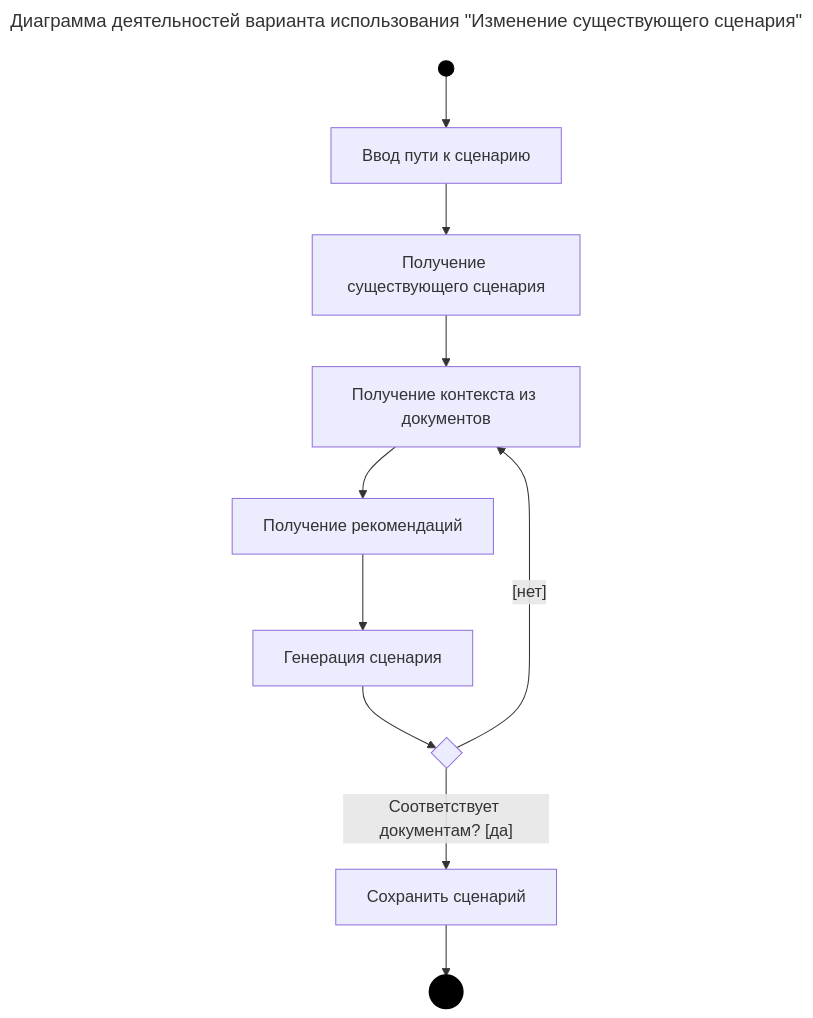
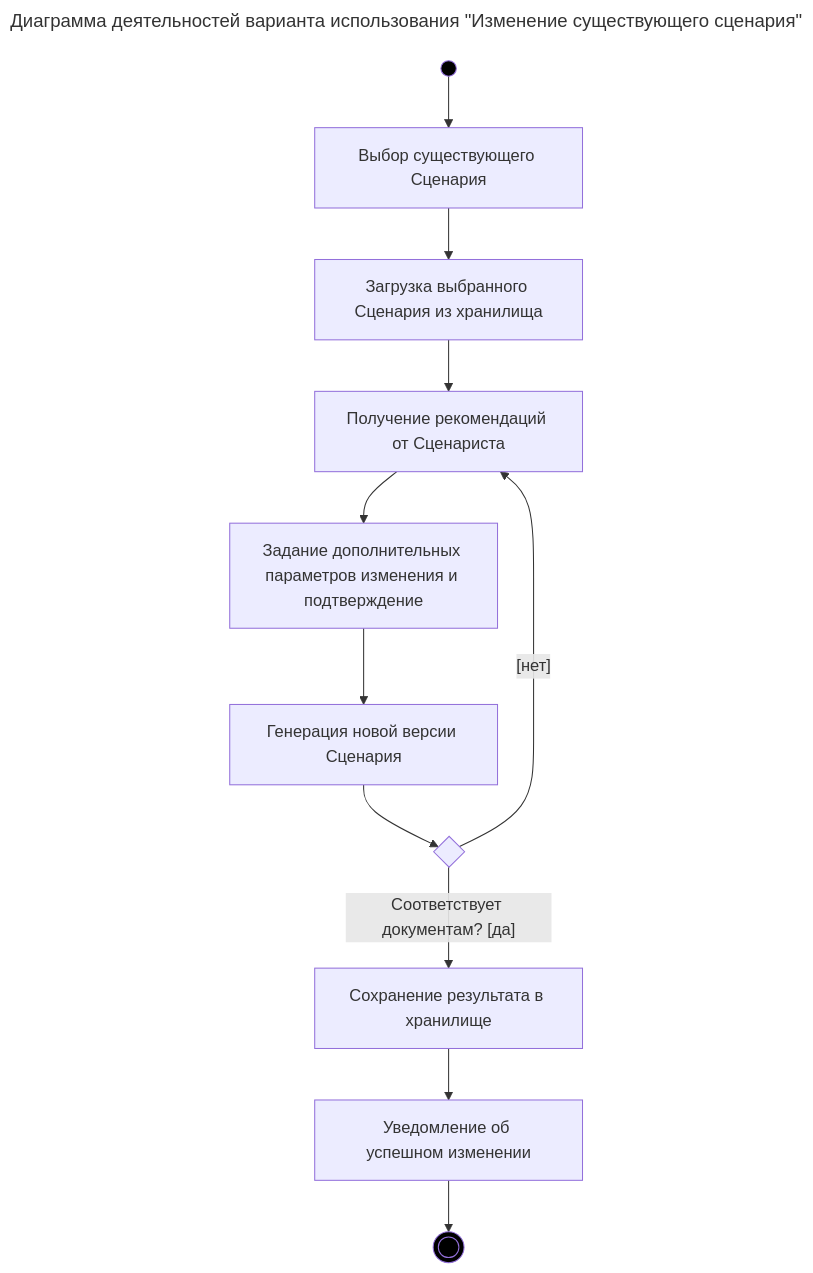
One commit to CHSU-scenarAIst/diagrammy changed the diagram in 5. Диаграмма деятельностей варианта использования.md. Above: the diagram before and after it, drawn with Mermaid. The commit also changed 2 other files, not shown here.

````diff
--- a/5. Диаграмма деятельностей варианта использования.md
+++ b/5. Диаграмма деятельностей варианта использования.md
@@ -3,37 +5,38 @@
 ```mermaid
 ---
 title: Диаграмма деятельностей варианта использования "Изменение существующего сценария"
 ---
 graph TD
     %% Элементы диаграммы
     StartNode(( ))
 
-    A[Ввод пути к сценарию]
-    Edit1[Получение существующего сценария]
-    Edit2[Получение контекста из документов]
-    Edit3[Получение рекомендаций]
-    Edit4[Генерация сценария]
+    A[Выбор существующего Сценария]
+    Edit1[Загрузка выбранного Сценария из хранилища]
+    Edit2[Получение рекомендаций от Сценариста]
+    Edit3[Задание дополнительных параметров изменения и подтверждение]
+    Edit4[Генерация новой версии Сценария]
 
     CondSave{ }
-    Save[Сохранить сценарий]
+    Save[Сохранение результата в хранилище]
+    Notify[Уведомление об успешном изменении]
     EndNode((( )))
 
     %% Связи и ветвления
     StartNode --> A
     A --> Edit1
     Edit1 --> Edit2
     Edit2 --> Edit3
     Edit3 --> Edit4
     Edit4 --> CondSave
 
     %% Логика сохранения (Условие extend)
     CondSave -- "Соответствует документам? [да]" --> Save
     CondSave -- "[нет]" --> Edit2
 
-    Save --> EndNode
+    Save --> Notify
+    Notify --> EndNode
 
     %% Стили для начальной и конечной точек
-    style StartNode fill:#000,stroke:#000
-    style EndNode fill:#000,stroke:#000,stroke-width:4px
-
+    style StartNode fill:#000
+    style EndNode fill:#000
 ```
````
